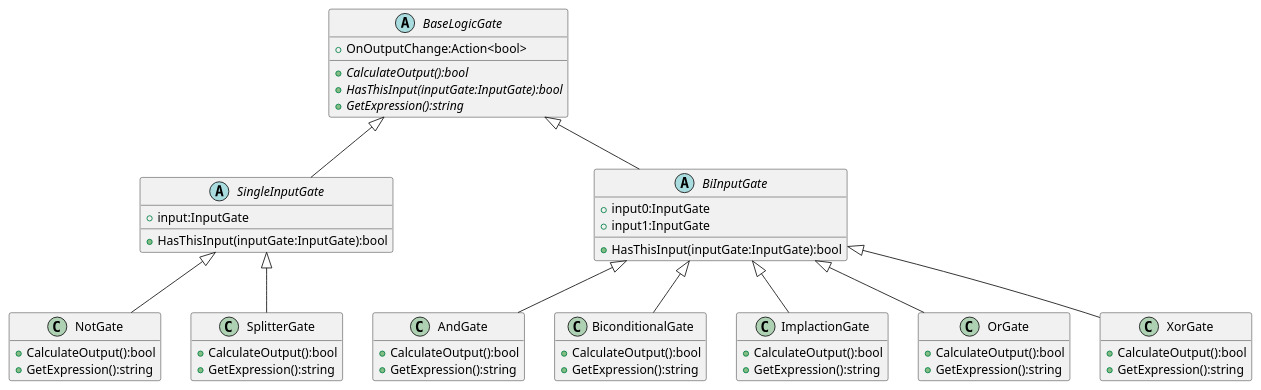
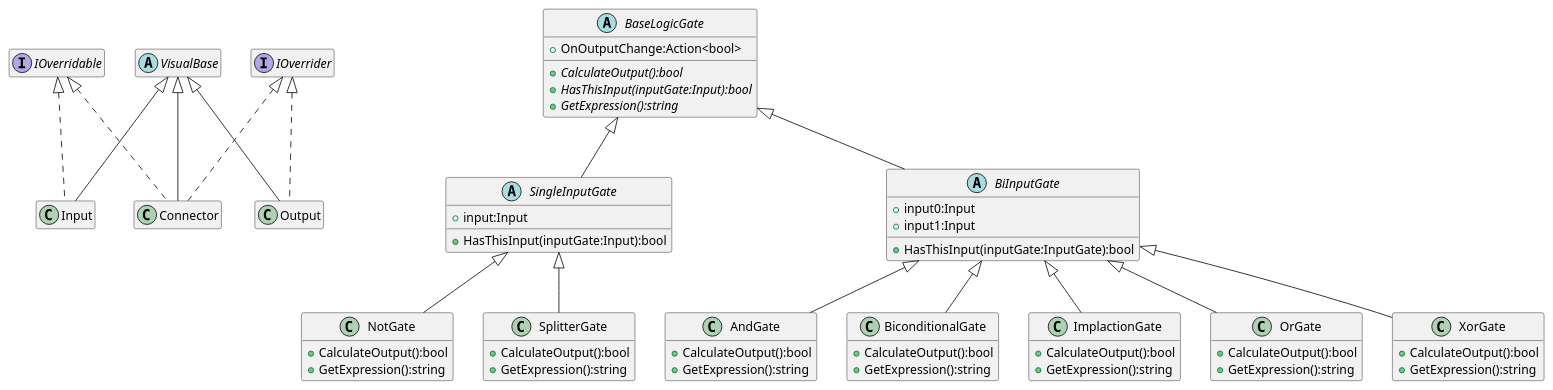
Before and after one commit to drmsbgr/umls: the diagram in GateUML/uml.wsd, drawn with PlantUML.

```diff
--- a/GateUML/uml.wsd
+++ b/GateUML/uml.wsd
@@ -1,58 +1,82 @@
 @startuml Gate UML
+
+interface IOverridable{
+
+}
+
+interface IOverrider{
+
+}
 
 abstract class BaseLogicGate{
     +OnOutputChange:Action<bool>
     {abstract}+CalculateOutput():bool
-    {abstract}+HasThisInput(inputGate:InputGate):bool
+    {abstract}+HasThisInput(inputGate:Input):bool
     {abstract}+GetExpression():string
 }
 
 abstract class SingleInputGate extends BaseLogicGate{
-    +input:InputGate
-    +HasThisInput(inputGate:InputGate):bool
+    +input:Input
+    +HasThisInput(inputGate:Input):bool
 }
 
 class NotGate extends SingleInputGate{
     +CalculateOutput():bool
     +GetExpression():string
 }
 
 class SplitterGate extends SingleInputGate{
     +CalculateOutput():bool
     +GetExpression():string
 }
 
 abstract class BiInputGate extends BaseLogicGate{
-    +input0:InputGate
-    +input1:InputGate
+    +input0:Input
+    +input1:Input
     +HasThisInput(inputGate:InputGate):bool
 }
 
 class AndGate extends BiInputGate{
     +CalculateOutput():bool
     +GetExpression():string
 }
 
 class BiconditionalGate extends BiInputGate{
     +CalculateOutput():bool
     +GetExpression():string
 }
 
 class ImplactionGate extends BiInputGate{
     +CalculateOutput():bool
     +GetExpression():string
 }
 
 class OrGate extends BiInputGate{
     +CalculateOutput():bool
     +GetExpression():string
 }
 
 class XorGate extends BiInputGate{
     +CalculateOutput():bool
     +GetExpression():string
 }
 
+abstract class VisualBase{
+
+}
+
+class Input extends VisualBase implements IOverridable{
+
+}
+
+class Output extends VisualBase implements IOverrider{
+
+}
+
+class Connector extends VisualBase implements IOverridable,IOverrider{
+
+}
+
 hide empty members
 
 @enduml
```
